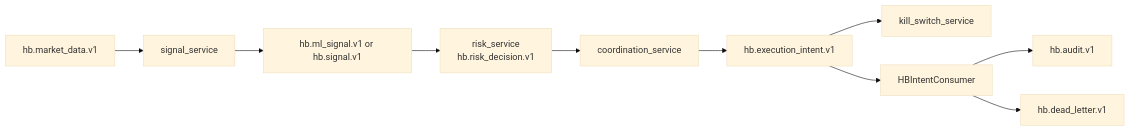
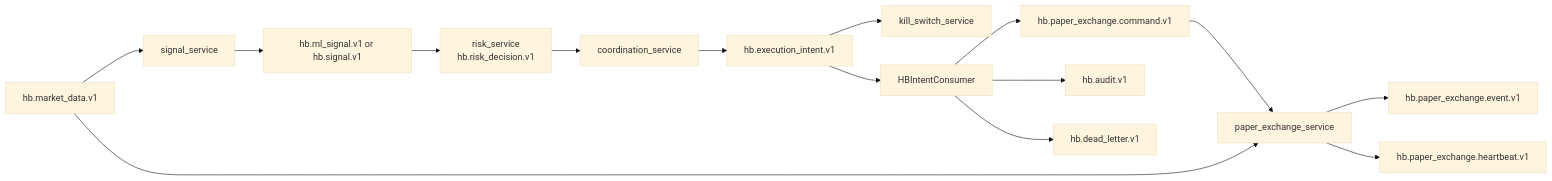
One commit to kzay/hummingbot-trading changed the diagram in hbot/docs/architecture/data_flow_signal_risk_execution.md. Above: the diagram before and after it, drawn with Mermaid (base theme). The commit also changed other lines of this file and 504 other files, not shown here.

````diff
--- a/hbot/docs/architecture/data_flow_signal_risk_execution.md
+++ b/hbot/docs/architecture/data_flow_signal_risk_execution.md
@@ -10,12 +10,17 @@
 ```mermaid
 flowchart LR
   md[hb.market_data.v1] --> sig[signal_service]
   sig --> ml["hb.ml_signal.v1 or hb.signal.v1"]
   ml --> risk[risk_service<br/>hb.risk_decision.v1]
   risk --> coord[coordination_service]
   coord --> intent[hb.execution_intent.v1]
   intent --> ks[kill_switch_service]
   intent --> hb[HBIntentConsumer]
+  hb --> pe_cmd[hb.paper_exchange.command.v1]
+  pe_cmd --> pe[paper_exchange_service]
+  md --> pe
+  pe --> pe_evt[hb.paper_exchange.event.v1]
+  pe --> pe_hb[hb.paper_exchange.heartbeat.v1]
   hb --> audit[hb.audit.v1]
   hb --> dead[hb.dead_letter.v1]
 ```
````
